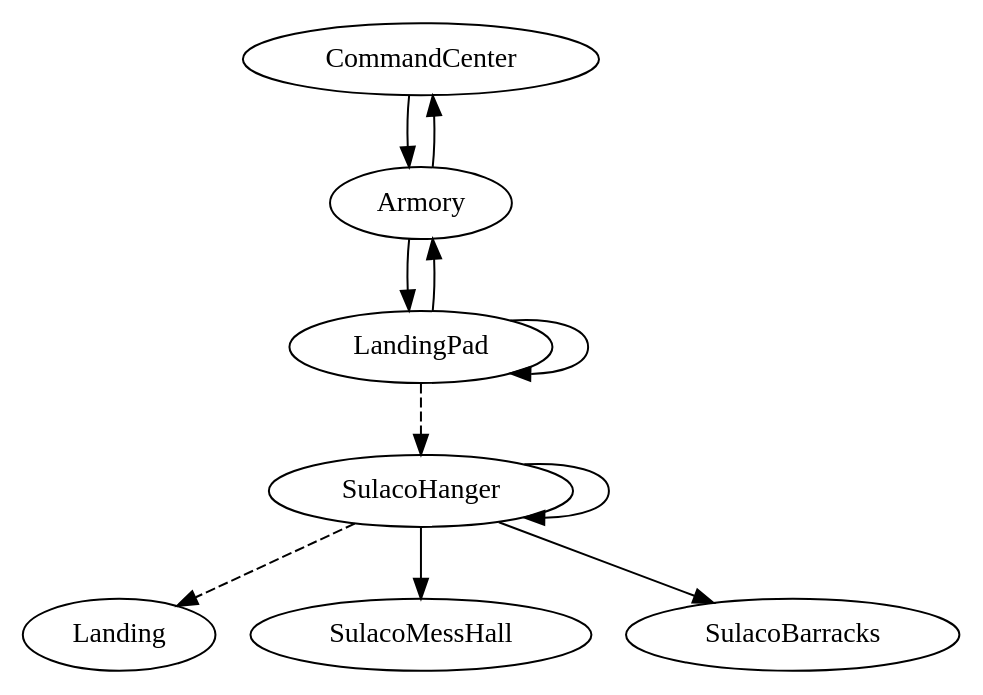
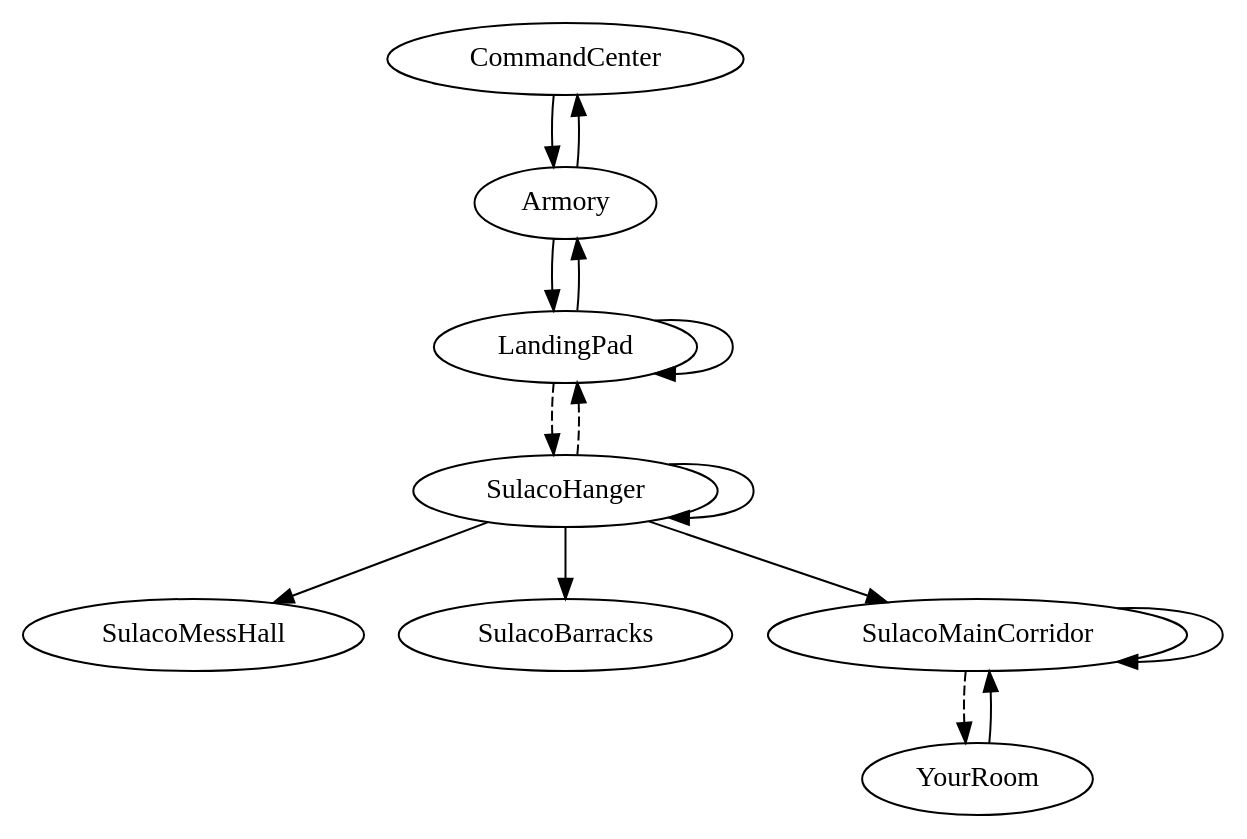
Before and after one commit to Ophois47/dave: the diagram in dave_land_map/map.gv, drawn with Graphviz. The commit also changed 4 other files, not shown here.

Commit message:
Dave-Land: Added player quarters as a location, and a main corridor for the USS Sulaco.

```diff
--- a/dave_land_map/map.gv
+++ b/dave_land_map/map.gv
@@ -1,12 +1,16 @@
 digraph map {
 	CommandCenter -> Armory
 	Armory -> CommandCenter
 	Armory -> LandingPad
 	LandingPad -> Armory
 	LandingPad -> LandingPad
 	LandingPad -> SulacoHanger [style=dashed]
 	SulacoHanger -> SulacoHanger
-	SulacoHanger -> Landing [style=dashed]
+	SulacoHanger -> LandingPad [style=dashed]
 	SulacoHanger -> SulacoMessHall
 	SulacoHanger -> SulacoBarracks
+	SulacoHanger -> SulacoMainCorridor
+	SulacoMainCorridor -> SulacoMainCorridor
+	SulacoMainCorridor -> YourRoom [style=dashed]
+	YourRoom -> SulacoMainCorridor
 }
```
